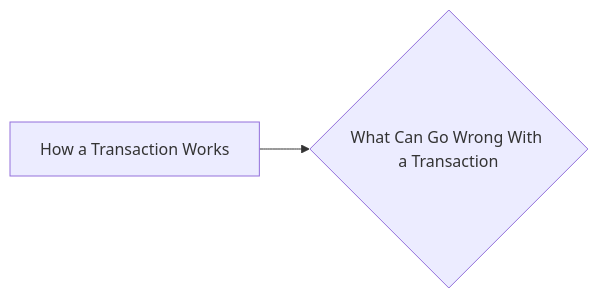
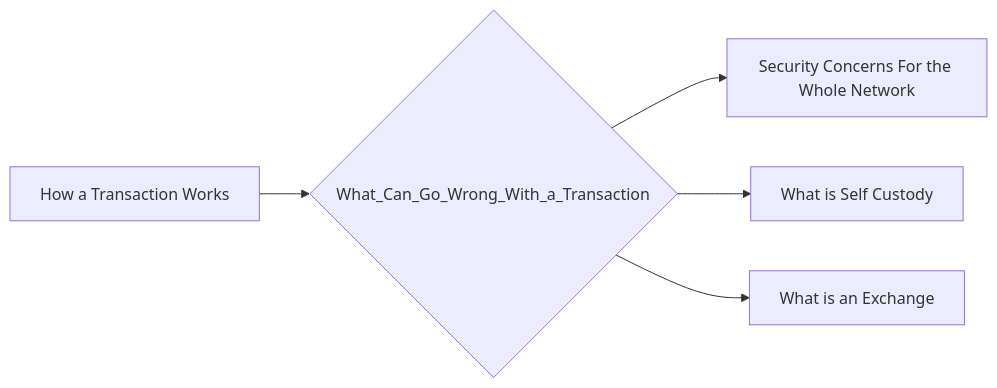
The diagram in notes/What_Can_Go_Wrong_With_a_Transaction.md (lpurdy01/crypto-knowledge-map), drawn with Mermaid before and after one commit. The commit also changed 161 other files, not shown here.

````diff
--- a/notes/What_Can_Go_Wrong_With_a_Transaction.md
+++ b/notes/What_Can_Go_Wrong_With_a_Transaction.md
@@ -6,4 +6,7 @@
 ```mermaid
 graph LR
-1["How a Transaction Works"]-->0{"What Can Go Wrong With a Transaction"}
+1["How a Transaction Works"]-->0{"What_Can_Go_Wrong_With_a_Transaction"}
+0{"What_Can_Go_Wrong_With_a_Transaction"}-->2["Security Concerns For the Whole Network"]
+0{"What_Can_Go_Wrong_With_a_Transaction"}-->3["What is Self Custody"]
+0{"What_Can_Go_Wrong_With_a_Transaction"}-->4["What is an Exchange"]
 ```
````
